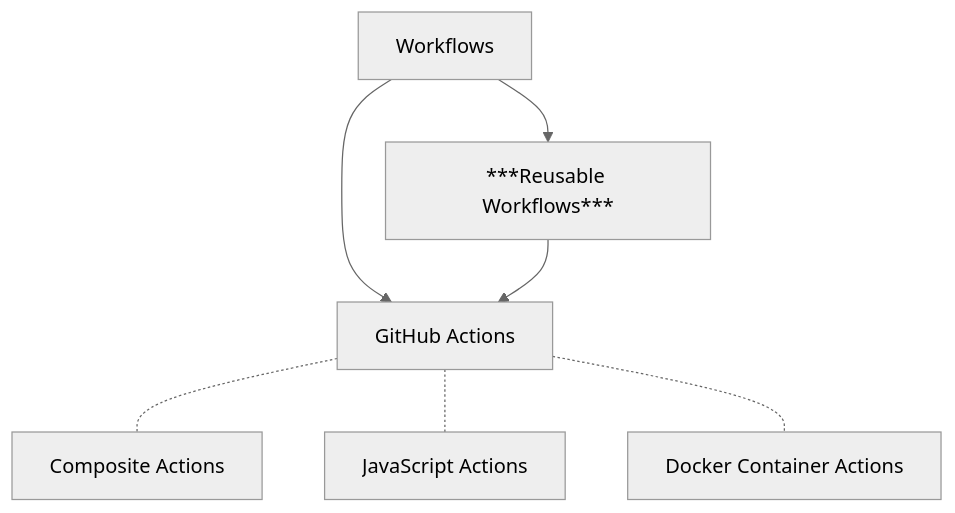
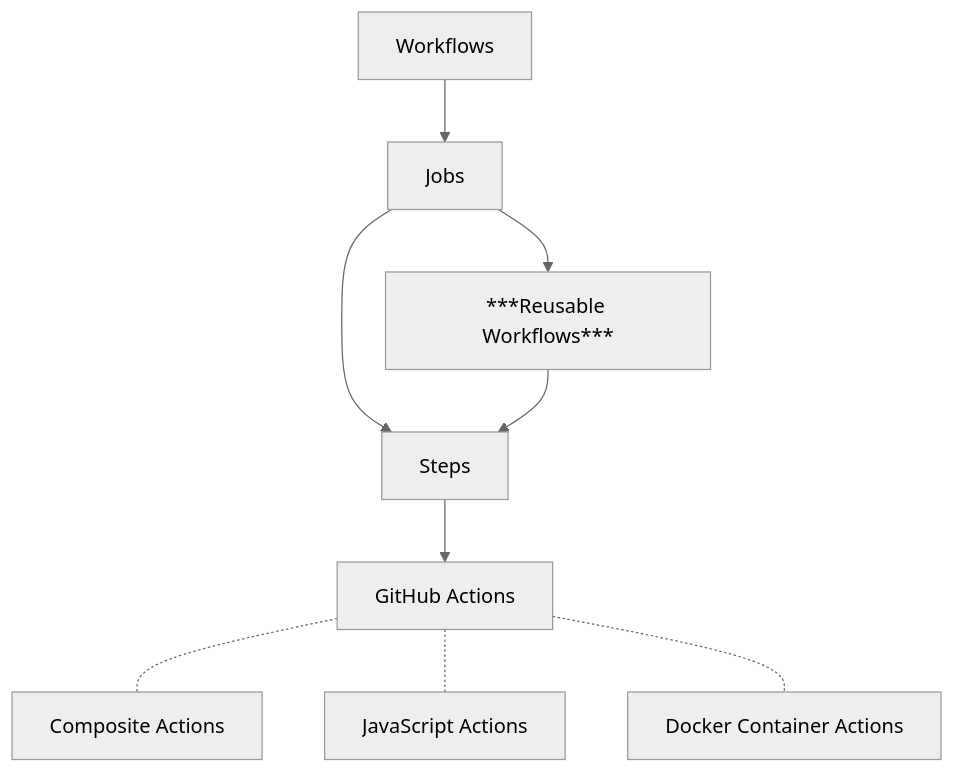
Before and after one commit to devantler-tech/reusable-workflows: the diagram in README.md, drawn with Mermaid (neutral theme).

Commit message:
fix: update workflow diagram to accurately represent relationships between workflows, jobs, and actions

````diff
--- a/README.md
+++ b/README.md
@@ -10,9 +10,11 @@
 ```mermaid
 graph TD
-  A[Workflows] --> B[***Reusable Workflows***]
-  A --> C
-  B --> C[GitHub Actions]
-  C -.- D[Composite Actions]
-  C -.- E[JavaScript Actions]
-  C -.- F[Docker Container Actions]
+  A[Workflows] --> B[Jobs]
+  B --> C[***Reusable Workflows***]
+  B --> D[Steps]
+  C --> D
+  D --> E[GitHub Actions]
+  E -.- F[Composite Actions]
+  E -.- G[JavaScript Actions]
+  E -.- H[Docker Container Actions]
 ```
````
